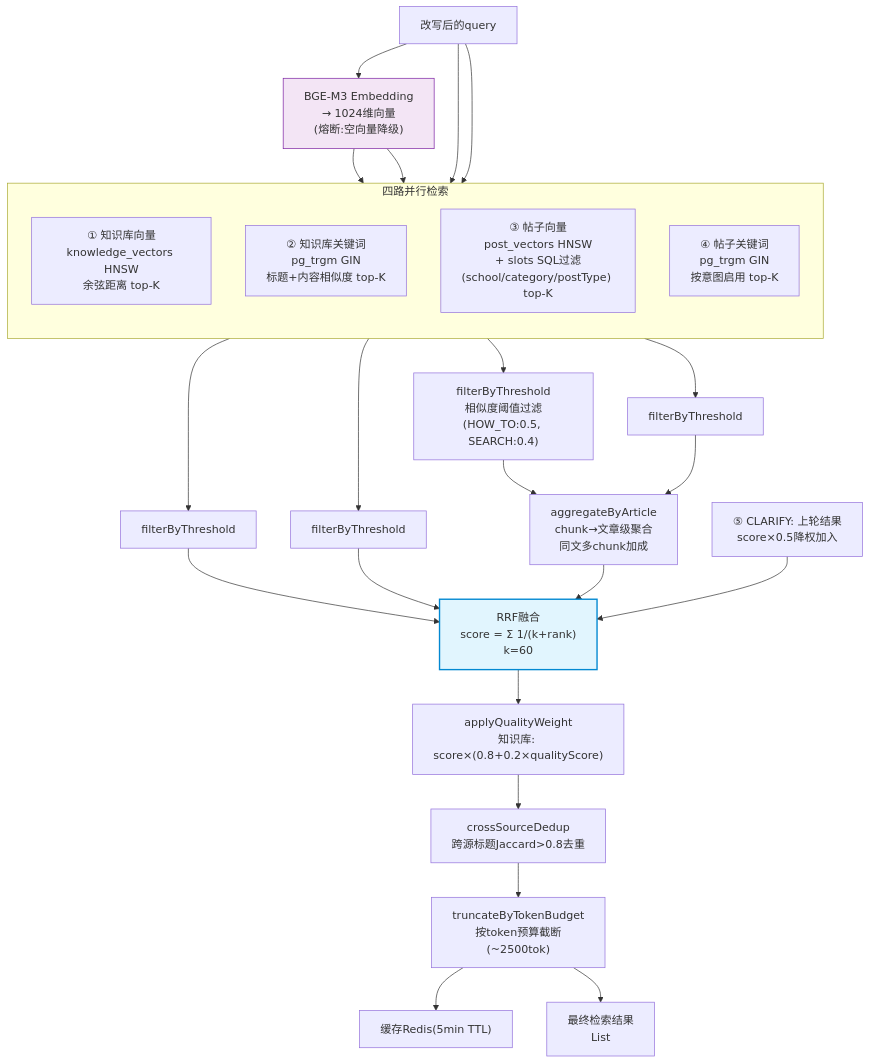
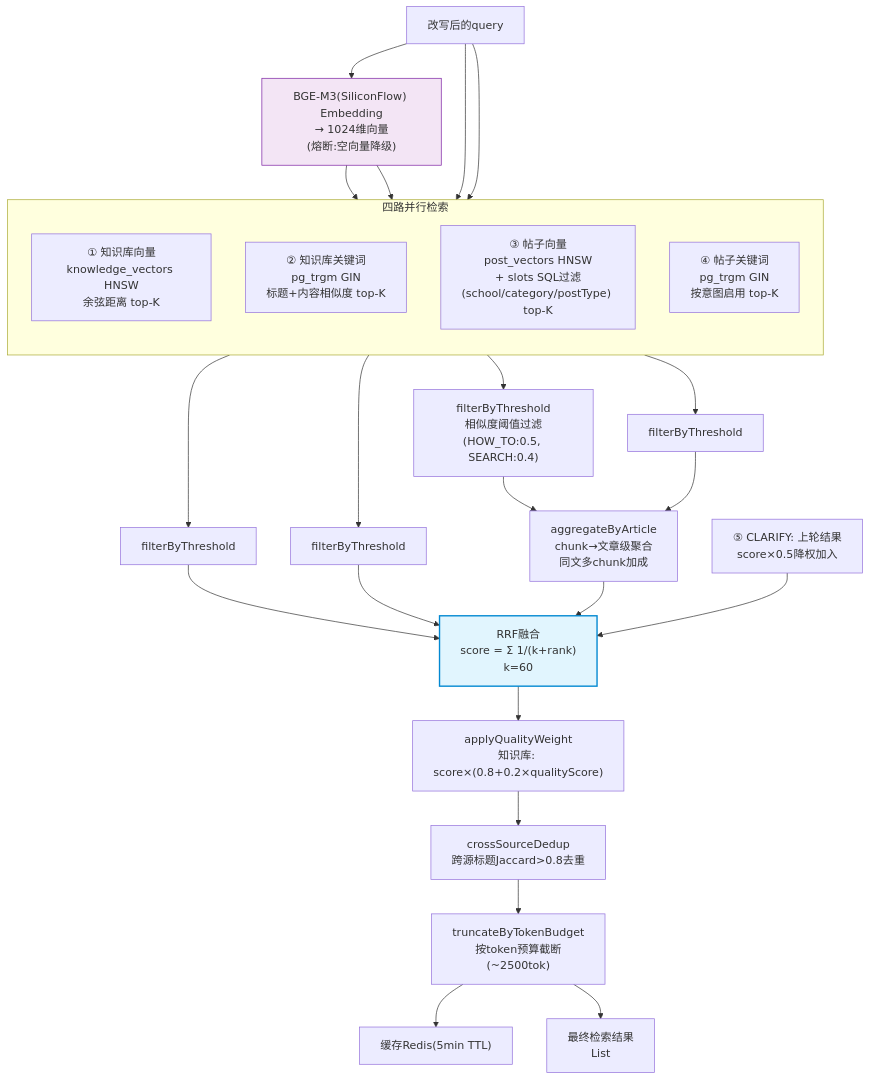
One commit to Xstly1014/CampusShare changed the eighth of 15 diagrams in docs/agent-full-pipeline.md. Above: the diagram before and after it, drawn with Mermaid. The commit also changed other lines of this file, not shown here.

Commit message:
docs(agent): supplement agent-full-pipeline.md with missing API/infrastructure/VectorStore sections and fix factual errors (SiliconFlow over TEI, WebClient over Feign)

````diff
--- a/docs/agent-full-pipeline.md
+++ b/docs/agent-full-pipeline.md
@@ -633,40 +634,40 @@
 ```mermaid
 flowchart TD
-    Q["改写后的query"] --> Embed["BGE-M3 Embedding<br/>→ 1024维向量<br/>(熔断:空向量降级)"]
+    Q["改写后的query"] --> Embed["BGE-M3(SiliconFlow) Embedding<br/>→ 1024维向量<br/>(熔断:空向量降级)"]
 
     subgraph 四路并行检索["四路并行检索"]
         direction TB
         KV["① 知识库向量<br/>knowledge_vectors HNSW<br/>余弦距离 top-K"]
         KK["② 知识库关键词<br/>pg_trgm GIN<br/>标题+内容相似度 top-K"]
         PV["③ 帖子向量<br/>post_vectors HNSW<br/>+ slots SQL过滤<br/>(school/category/postType) top-K"]
         PK["④ 帖子关键词<br/>pg_trgm GIN<br/>按意图启用 top-K"]
     end
 
     Embed --> KV
     Embed --> PV
     Q --> KK
     Q --> PK
 
     KV --> F1["filterByThreshold<br/>相似度阈值过滤<br/>(HOW_TO:0.5, SEARCH:0.4)"]
     KK --> F2["filterByThreshold"]
     PV --> F3["filterByThreshold"]
     PK --> F4["filterByThreshold"]
 
     F1 --> Agg["aggregateByArticle<br/>chunk→文章级聚合<br/>同文多chunk加成"]
     F2 --> Agg
 
     F3 --> RRF["RRF融合<br/>score = Σ 1/(k+rank)<br/>k=60"]
     F4 --> RRF
     Agg --> RRF
 
     CLARIFY["⑤ CLARIFY: 上轮结果<br/>score×0.5降权加入"] --> RRF
 
     RRF --> QW["applyQualityWeight<br/>知识库: score×(0.8+0.2×qualityScore)"]
     QW --> Dedup["crossSourceDedup<br/>跨源标题Jaccard>0.8去重"]
     Dedup --> Trunc["truncateByTokenBudget<br/>按token预算截断<br/>(~2500tok)"]
     Trunc --> Cache["缓存Redis(5min TTL)"]
     Trunc --> Out["最终检索结果<br/>List<RetrievalResult>"]
 
     style RRF fill:#e1f5fe,stroke:#0288d1,stroke-width:2px
     style Embed fill:#f3e5f5,stroke:#7b1fa2
 ```
````
